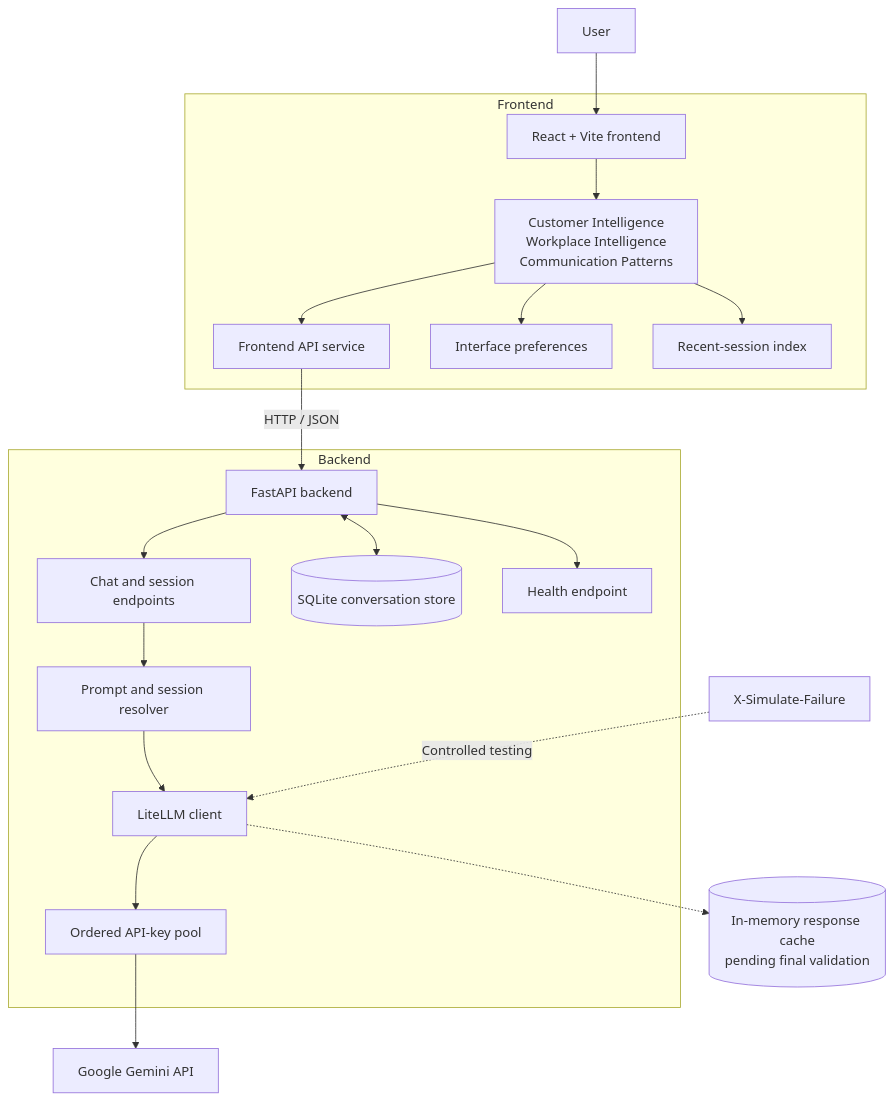
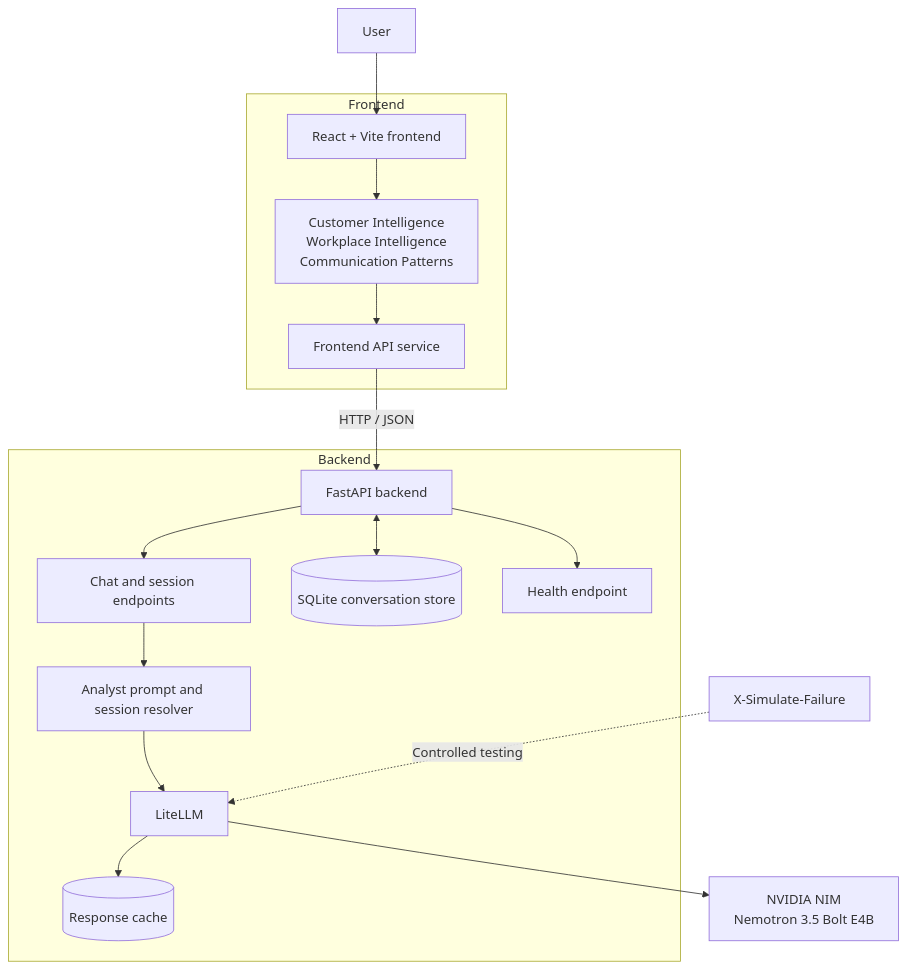
Before and after one commit to Jayyanttt/conversational-intelligence-studio: the diagram in README.md, drawn with Mermaid. The commit also changed other lines of this file and 9 other files, not shown here.

````diff
--- a/README.md
+++ b/README.md
@@ -56,26 +64,22 @@
 ```mermaid
 flowchart TB
     USER[User] --> UI[React + Vite frontend]
-
     subgraph FRONTEND[Frontend]
-        UI --> WORKSPACES[Customer Intelligence<br/>Workplace Intelligence<br/>Communication Patterns]
-        WORKSPACES --> CLIENT[Frontend API service]
-        WORKSPACES --> PREFS[Interface preferences]
-        WORKSPACES --> SESSION_INDEX[Recent-session index]
+        UI --> WS[Customer Intelligence<br/>Workplace Intelligence<br/>Communication Patterns]
+        WS --> CLIENT[Frontend API service]
     end
 
     CLIENT -->|HTTP / JSON| API[FastAPI backend]
 
     subgraph BACKEND[Backend]
         API --> ROUTES[Chat and session endpoints]
-        ROUTES --> PROMPTS[Prompt and session resolver]
-        PROMPTS --> LITELLM[LiteLLM client]
-        LITELLM --> KEYPOOL[Ordered API-key pool]
-        API <--> SQLITE[(SQLite conversation store)]
+        ROUTES --> PROMPTS[Analyst prompt and session resolver]
+        PROMPTS --> LLM[LiteLLM]
+        LLM --> CACHE[(Response cache)]
+        API <--> DB[(SQLite conversation store)]
         API --> HEALTH[Health endpoint]
     end
 
-    KEYPOOL --> GEMINI[Google Gemini API]
-    SIM[X-Simulate-Failure] -.->|Controlled testing| LITELLM
-    LITELLM -.-> CACHE[(In-memory response cache<br/>pending final validation)]
+    LLM --> NIM[NVIDIA NIM<br/>Nemotron 3.5 Bolt E4B]
+    SIM[X-Simulate-Failure] -.->|Controlled testing| LLM
 ```
````
